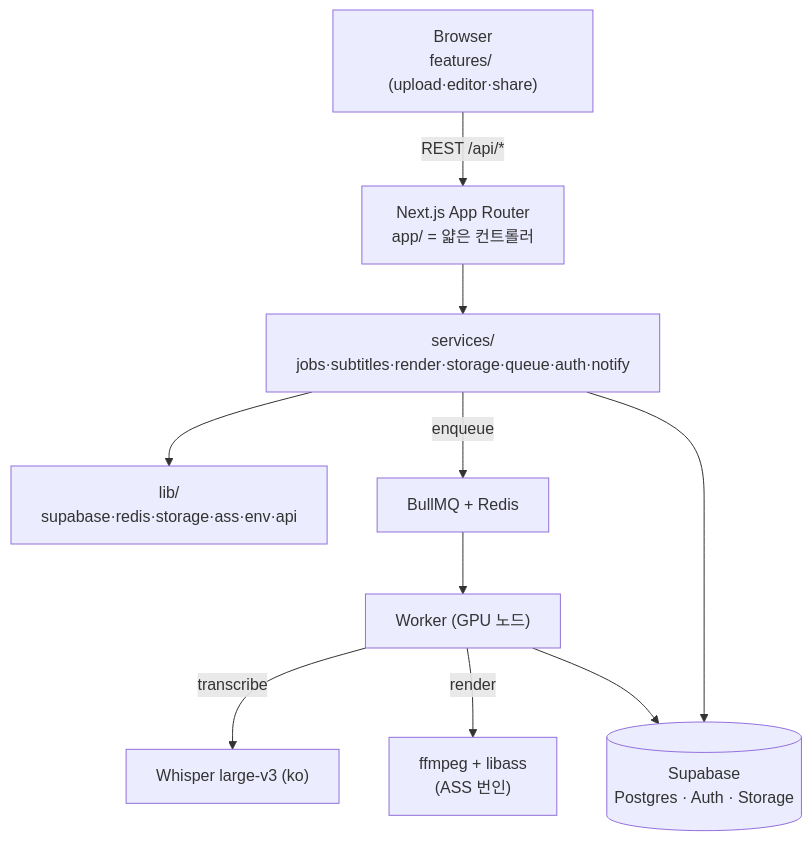
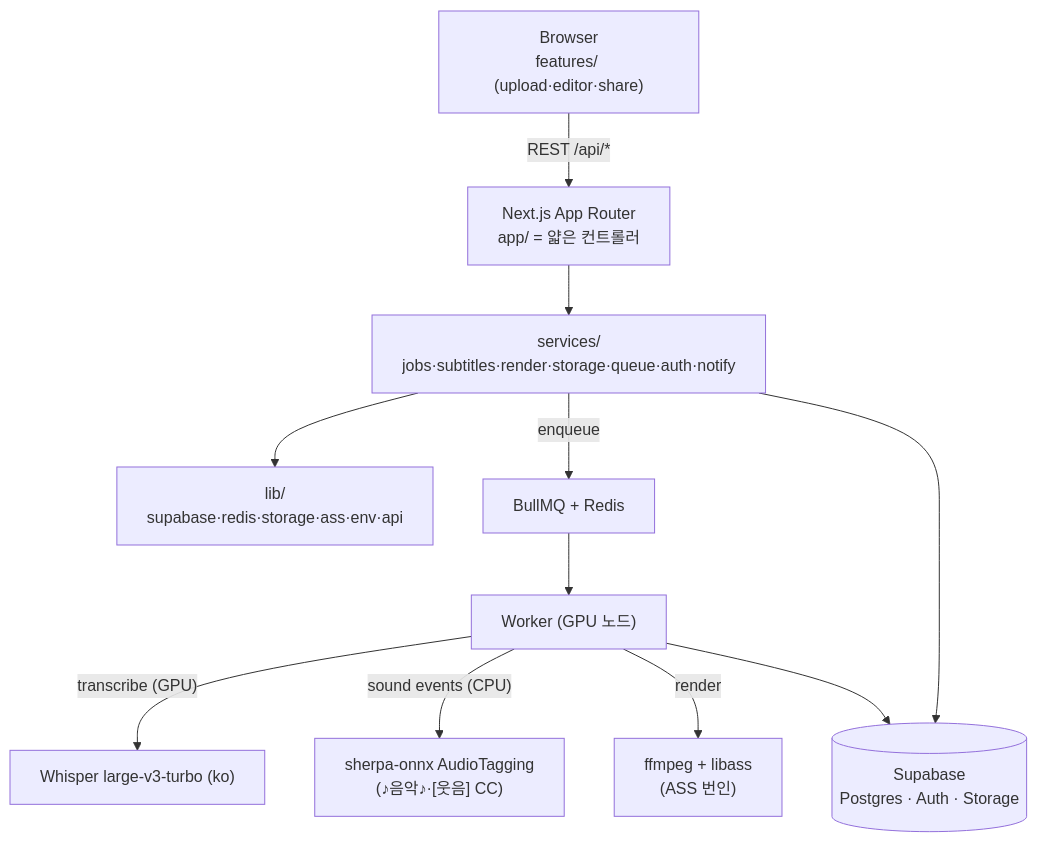
One commit to adll1151/make_cc changed the diagram in README.md. Above: the diagram before and after it, drawn with Mermaid. The commit also changed other lines of this file, not shown here.

First line of the commit message:
docs(readme): 최신 기능 반영 — 리치 CC · 자막 스타일 어시 · Turbo

````diff
--- a/README.md
+++ b/README.md
@@ -81,13 +83,14 @@
 ```mermaid
 flowchart TD
     B["Browser<br/>features/ (upload·editor·share)"] -->|"REST /api/*"| A
     A["Next.js App Router<br/>app/ = 얇은 컨트롤러"] --> S
     S["services/<br/>jobs·subtitles·render·storage·queue·auth·notify"] --> L
     L["lib/<br/>supabase·redis·storage·ass·env·api"]
     S -->|"enqueue"| Q["BullMQ + Redis"]
     Q --> W["Worker (GPU 노드)"]
-    W -->|"transcribe"| WH["Whisper large-v3 (ko)"]
+    W -->|"transcribe (GPU)"| WH["Whisper large-v3-turbo (ko)"]
+    W -->|"sound events (CPU)"| AT["sherpa-onnx AudioTagging<br/>(♪음악♪·[웃음] CC)"]
     W -->|"render"| FF["ffmpeg + libass<br/>(ASS 번인)"]
     S --> SB[("Supabase<br/>Postgres · Auth · Storage")]
     W --> SB
 ```
````
